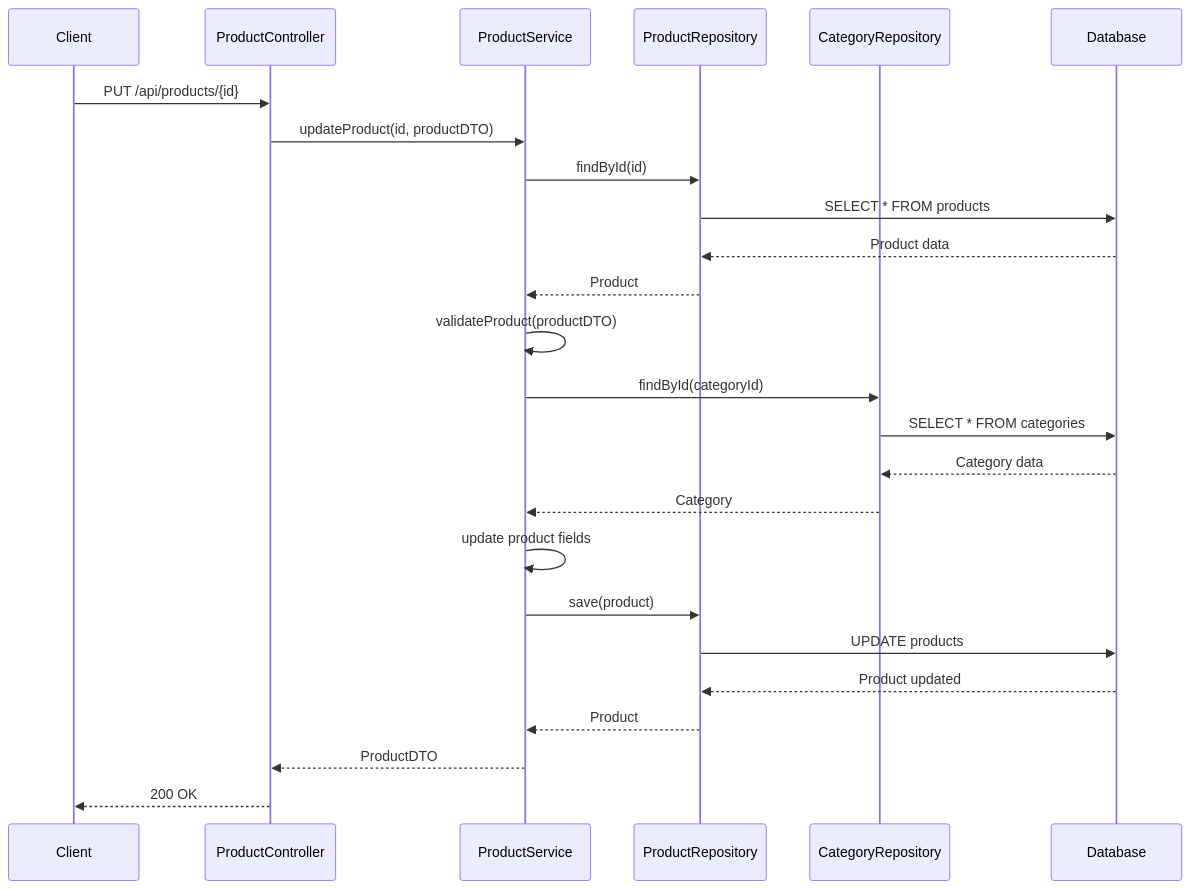
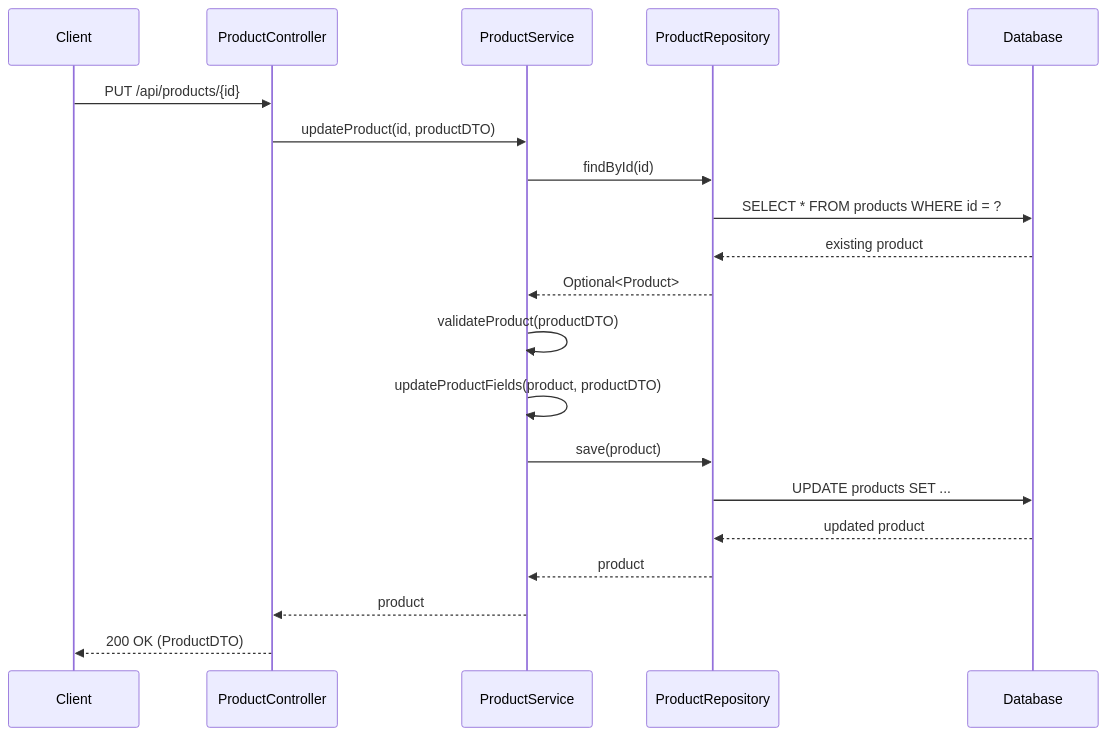
The fifth of 13 diagrams in docs/LLD/modified_lld.md (NavneetBN47/aava-ecom-demo), drawn with Mermaid before and after one commit. The commit also changed other lines of this file, not shown here.

````diff
--- a/docs/LLD/modified_lld.md
+++ b/docs/LLD/modified_lld.md
@@ -357,28 +367,23 @@
 ```mermaid
 sequenceDiagram
     participant Client
     participant ProductController
     participant ProductService
     participant ProductRepository
-    participant CategoryRepository
     participant Database
 
     Client->>ProductController: PUT /api/products/{id}
     ProductController->>ProductService: updateProduct(id, productDTO)
     ProductService->>ProductRepository: findById(id)
-    ProductRepository->>Database: SELECT * FROM products
-    Database-->>ProductRepository: Product data
-    ProductRepository-->>ProductService: Product
+    ProductRepository->>Database: SELECT * FROM products WHERE id = ?
+    Database-->>ProductRepository: existing product
+    ProductRepository-->>ProductService: Optional<Product>
     ProductService->>ProductService: validateProduct(productDTO)
-    ProductService->>CategoryRepository: findById(categoryId)
-    CategoryRepository->>Database: SELECT * FROM categories
-    Database-->>CategoryRepository: Category data
-    CategoryRepository-->>ProductService: Category
-    ProductService->>ProductService: update product fields
+    ProductService->>ProductService: updateProductFields(product, productDTO)
     ProductService->>ProductRepository: save(product)
-    ProductRepository->>Database: UPDATE products
-    Database-->>ProductRepository: Product updated
-    ProductRepository-->>ProductService: Product
-    ProductService-->>ProductController: ProductDTO
-    ProductController-->>Client: 200 OK
+    ProductRepository->>Database: UPDATE products SET ...
+    Database-->>ProductRepository: updated product
+    ProductRepository-->>ProductService: product
+    ProductService-->>ProductController: product
+    ProductController-->>Client: 200 OK (ProductDTO)
 ```
````
